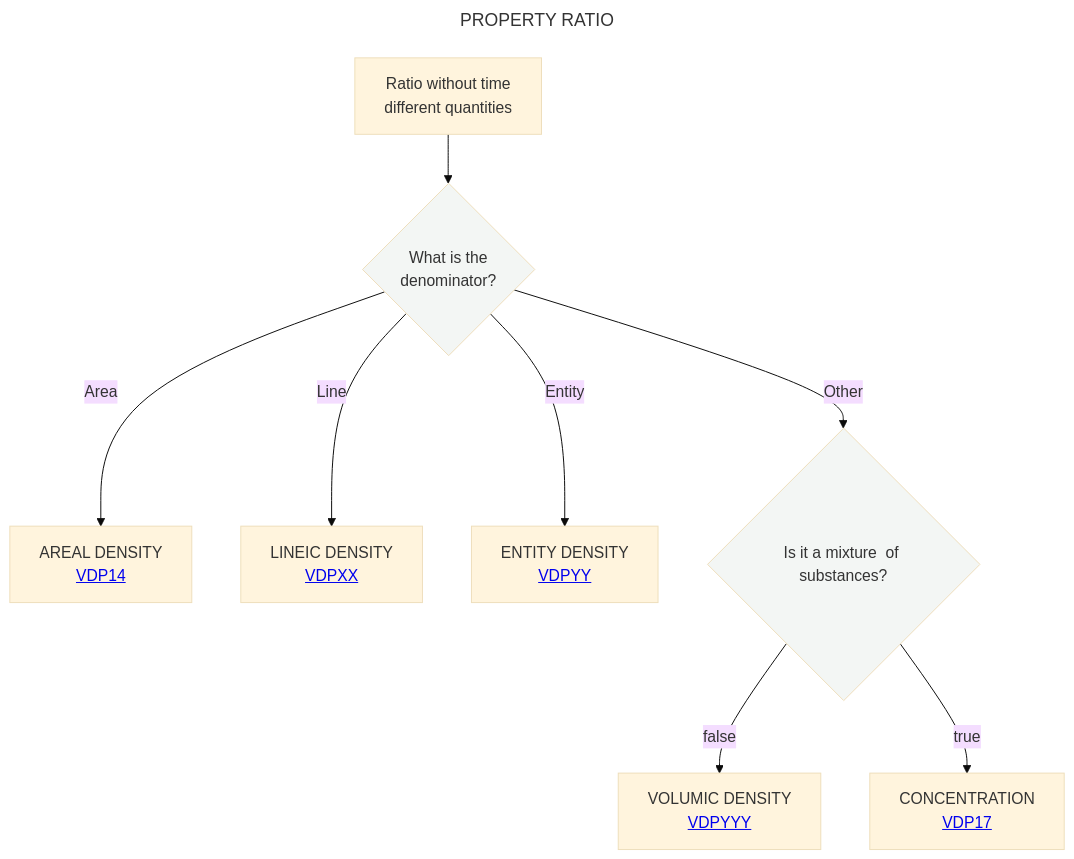
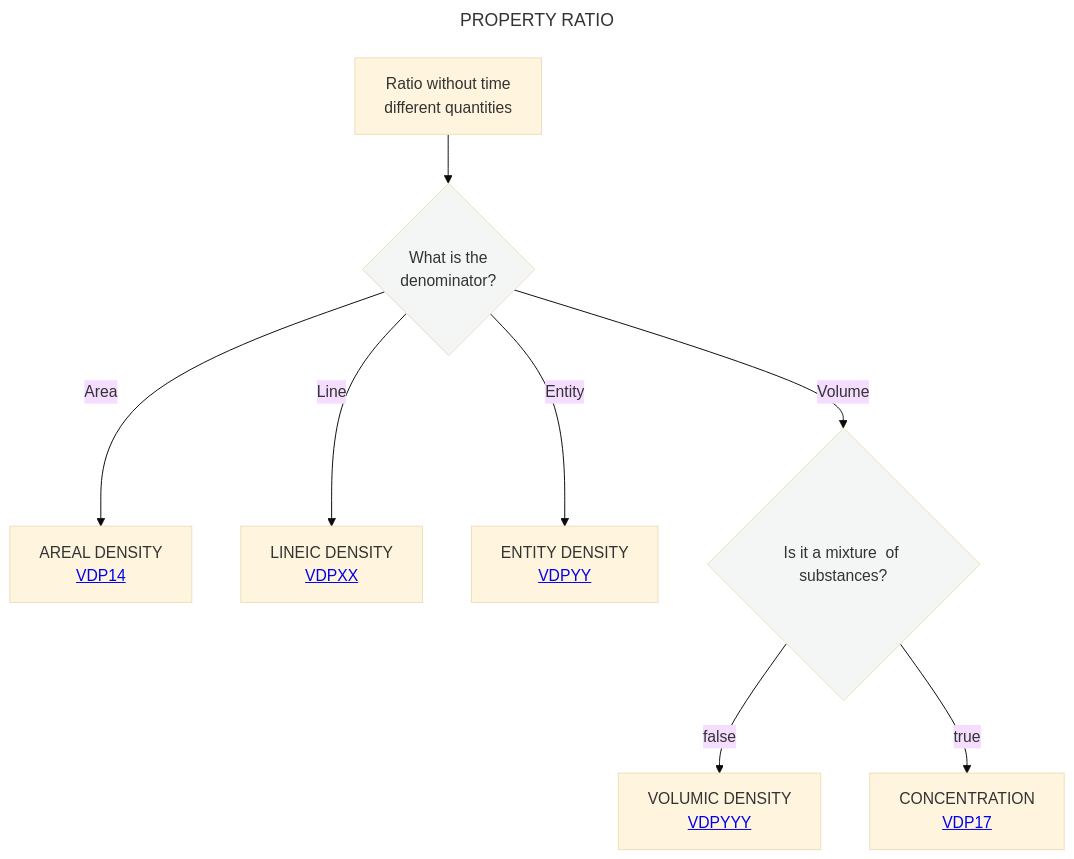
Before and after one commit to mabablue/I-ADOPT-patterns-playground: the diagram in Decisition_trees/DT4.mmd, drawn with Mermaid (base theme).

```diff
--- a/Decisition_trees/DT4.mmd
+++ b/Decisition_trees/DT4.mmd
@@ -1,15 +1,15 @@
 ---
 title: PROPERTY RATIO
 ---
 flowchart TD
     A[Ratio without time <br> different quantities] --> B{What is the <br> denominator?}:::white
     B -- Area -->C[AREAL DENSITY <br> <a href='https://github.com/mabablue/I-ADOPT-patterns-playground/blob/main/pattern/VDP14.yaml'>VDP14</a>]
     B -- Line -->D[LINEIC DENSITY <br> <a href='https://github.com/mabablue/I-ADOPT-patterns-playground/blob/main/pattern/VDPXX.yaml'>VDPXX</a>]
     B -- Entity -->E[ENTITY DENSITY <br> <a href='https://github.com/mabablue/I-ADOPT-patterns-playground/blob/main/pattern/VDPXX.yaml'>VDPYY</a>]
-    B -- Other -->F{Is it a mixture <be> of substances?}:::white
+    B -- Volume -->F{Is it a mixture <be> of substances?}:::white
     F --> |false|G[VOLUMIC DENSITY <br> <a href='https://github.com/mabablue/I-ADOPT-patterns-playground/blob/main/pattern/VDP20.yaml'>VDPYYY</a>]
     F--> |true|H[CONCENTRATION <br> <a href='https://github.com/mabablue/I-ADOPT-patterns-playground/blob/main/pattern/VDP17.yaml'>VDP17</a>]
    classDef blue fill:#90D5FF
    classDef satblue fill:#57B9FF 
    classDef white fill:#f3f6f4
    classDef green fill:#6aa84f
```
